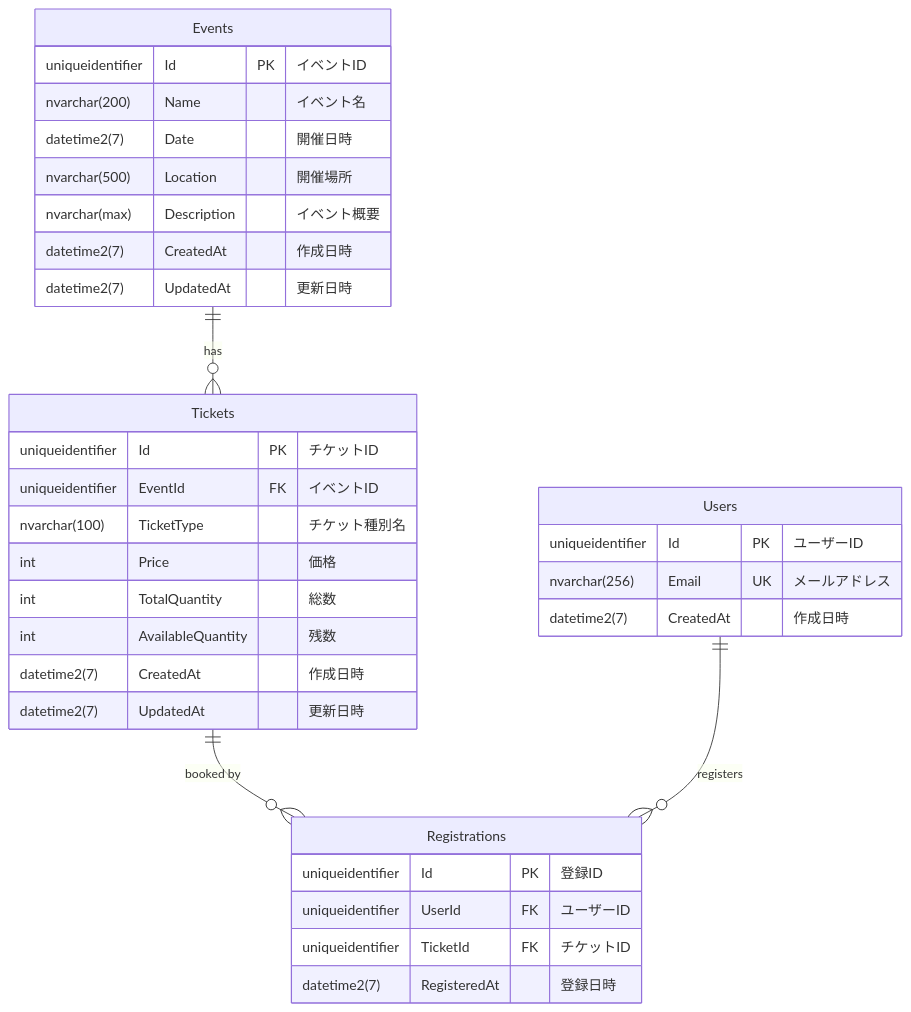
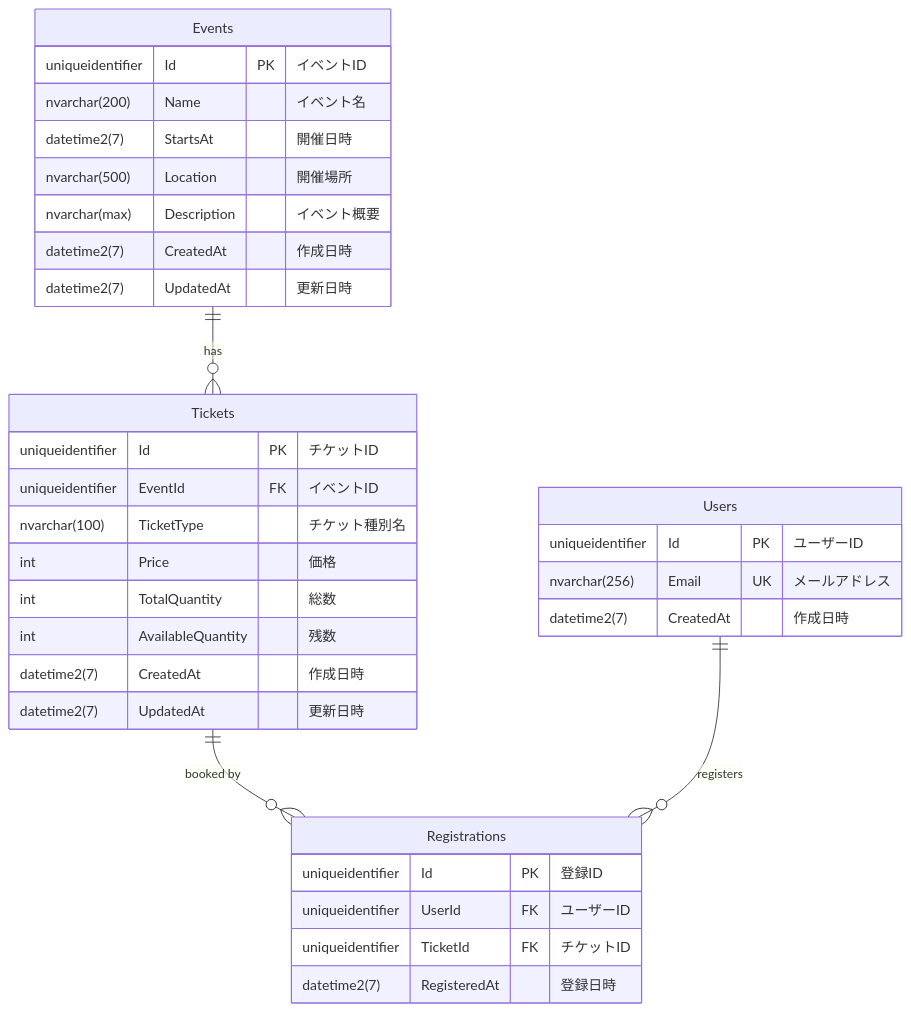
The diagram in docs/er-diagram.md (kazakht/event-registration-system), drawn with Mermaid before and after one commit. The commit also changed other lines of this file, not shown here.

Commit message:
Rename 'Date' to 'StartsAt' in ER diagram

````diff
--- a/docs/er-diagram.md
+++ b/docs/er-diagram.md
@@ -5,40 +5,40 @@
 ```mermaid
 erDiagram
     Events ||--o{ Tickets : "has"
     Tickets ||--o{ Registrations : "booked by"
     Users ||--o{ Registrations : "registers"
 
     Events {
         uniqueidentifier Id PK "イベントID"
         nvarchar(200) Name "イベント名"
-        datetime2(7) Date "開催日時"
+        datetime2(7) StartsAt "開催日時"
         nvarchar(500) Location "開催場所"
         nvarchar(max) Description "イベント概要"
         datetime2(7) CreatedAt "作成日時"
         datetime2(7) UpdatedAt "更新日時"
     }
 
     Tickets {
         uniqueidentifier Id PK "チケットID"
         uniqueidentifier EventId FK "イベントID"
         nvarchar(100) TicketType "チケット種別名"
         int Price "価格"
         int TotalQuantity "総数"
         int AvailableQuantity "残数"
         datetime2(7) CreatedAt "作成日時"
         datetime2(7) UpdatedAt "更新日時"
     }
 
     Users {
         uniqueidentifier Id PK "ユーザーID"
         nvarchar(256) Email UK "メールアドレス"
         datetime2(7) CreatedAt "作成日時"
     }
 
     Registrations {
         uniqueidentifier Id PK "登録ID"
         uniqueidentifier UserId FK "ユーザーID"
         uniqueidentifier TicketId FK "チケットID"
         datetime2(7) RegisteredAt "登録日時"
     }
 ```
````
